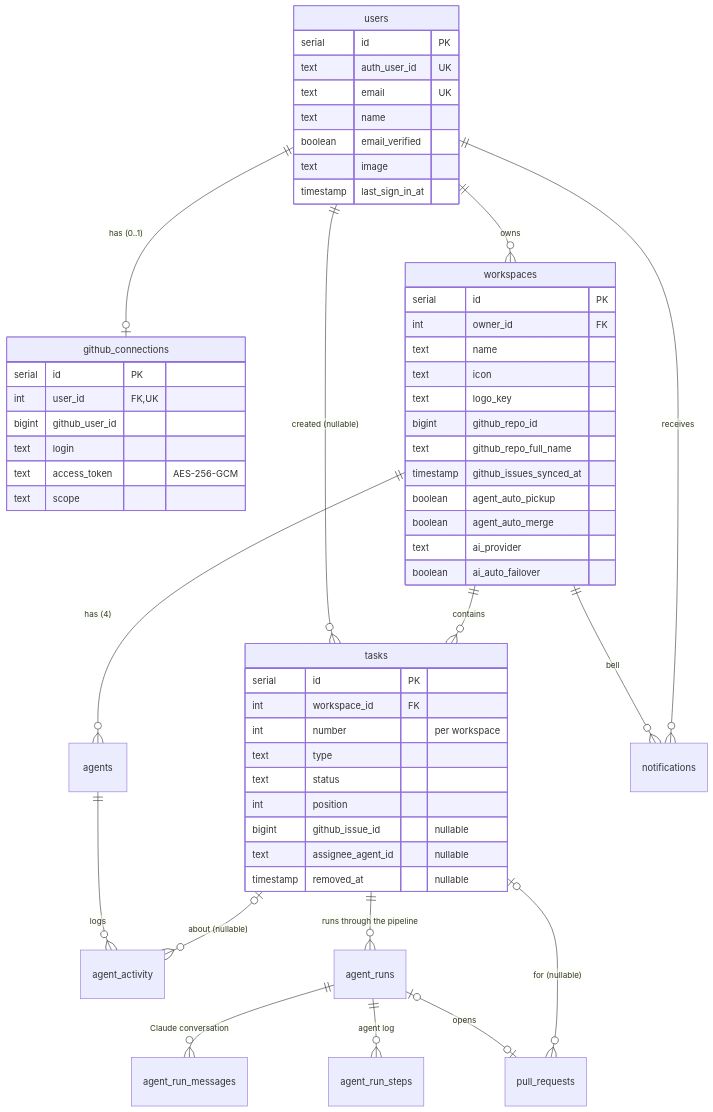
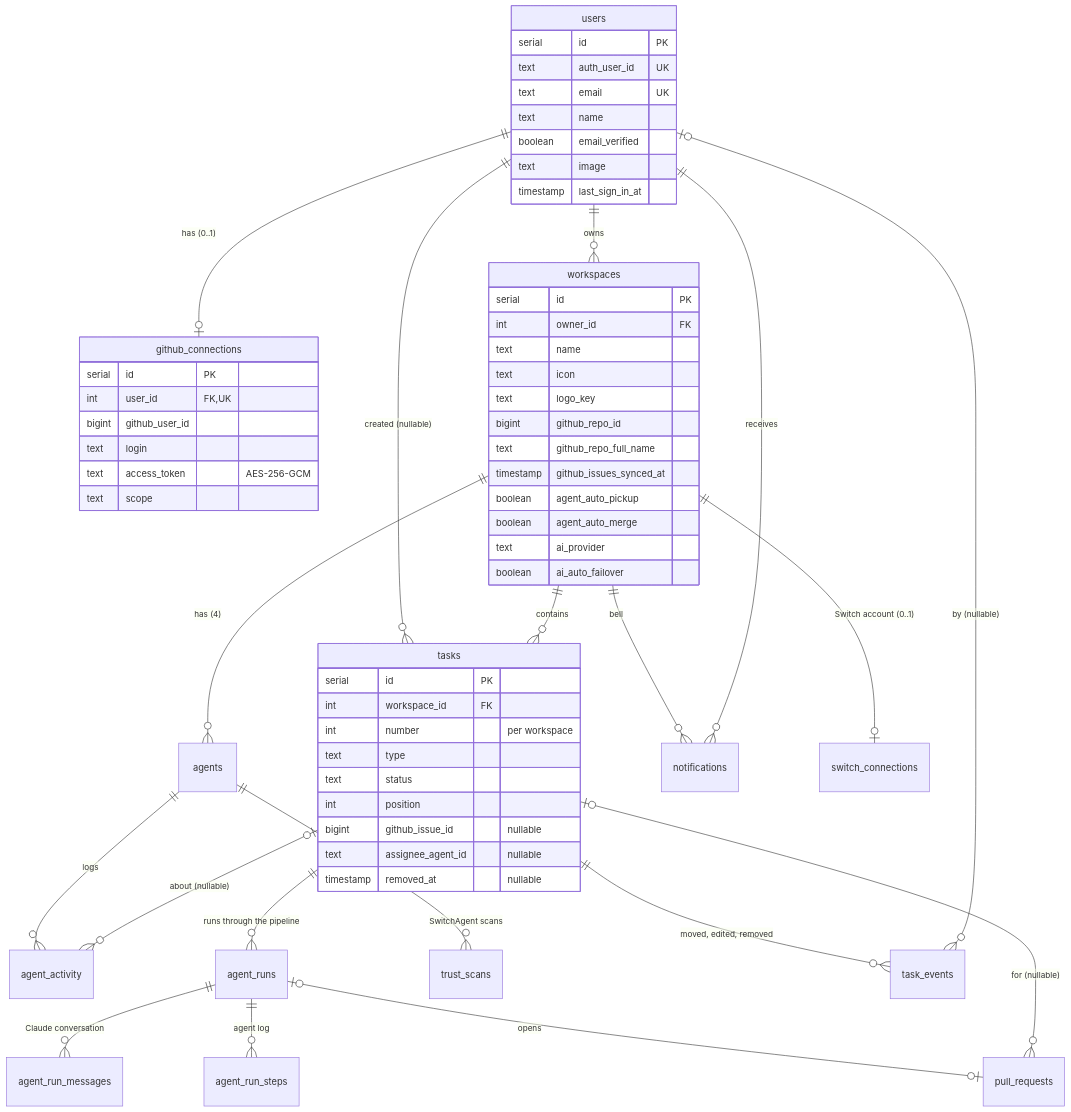
One commit to johanso/techcrew changed the diagram in docs/data-model.md. Above: the diagram before and after it, drawn with Mermaid. The commit also changed other lines of this file and 29 other files, not shown here.

First line of the commit message:
Weekly Switch scans, cost caps, people's activity, and CI

````diff
--- a/docs/data-model.md
+++ b/docs/data-model.md
@@ -25,60 +25,64 @@
 ```mermaid
 erDiagram
     users ||--o| github_connections : "has (0..1)"
     users ||--o{ workspaces : owns
     users ||--o{ tasks : "created (nullable)"
     workspaces ||--o{ tasks : contains
     workspaces ||--o{ agents : "has (4)"
     agents ||--o{ agent_activity : logs
     tasks |o--o{ agent_activity : "about (nullable)"
     tasks ||--o{ agent_runs : "runs through the pipeline"
     agent_runs ||--o{ agent_run_messages : "Claude conversation"
     agent_runs ||--o{ agent_run_steps : "agent log"
     workspaces ||--o{ notifications : "bell"
     users ||--o{ notifications : receives
     agent_runs |o--o| pull_requests : opens
     tasks |o--o{ pull_requests : "for (nullable)"
+    workspaces ||--o| switch_connections : "Switch account (0..1)"
+    agents ||--o{ trust_scans : "SwitchAgent scans"
+    tasks ||--o{ task_events : "moved, edited, removed"
+    users |o--o{ task_events : "by (nullable)"
 
     users {
         serial id PK
         text auth_user_id UK
         text email UK
         text name
         boolean email_verified
         text image
         timestamp last_sign_in_at
     }
     github_connections {
         serial id PK
         int user_id FK,UK
         bigint github_user_id
         text login
         text access_token "AES-256-GCM"
         text scope
     }
     workspaces {
         serial id PK
         int owner_id FK
         text name
         text icon
         text logo_key
         bigint github_repo_id
         text github_repo_full_name
         timestamp github_issues_synced_at
         boolean agent_auto_pickup
         boolean agent_auto_merge
         text ai_provider
         boolean ai_auto_failover
     }
     tasks {
         serial id PK
         int workspace_id FK
         int number "per workspace"
         text type
         text status
         int position
         bigint github_issue_id "nullable"
         text assignee_agent_id "nullable"
         timestamp removed_at "nullable"
     }
 ```
````
